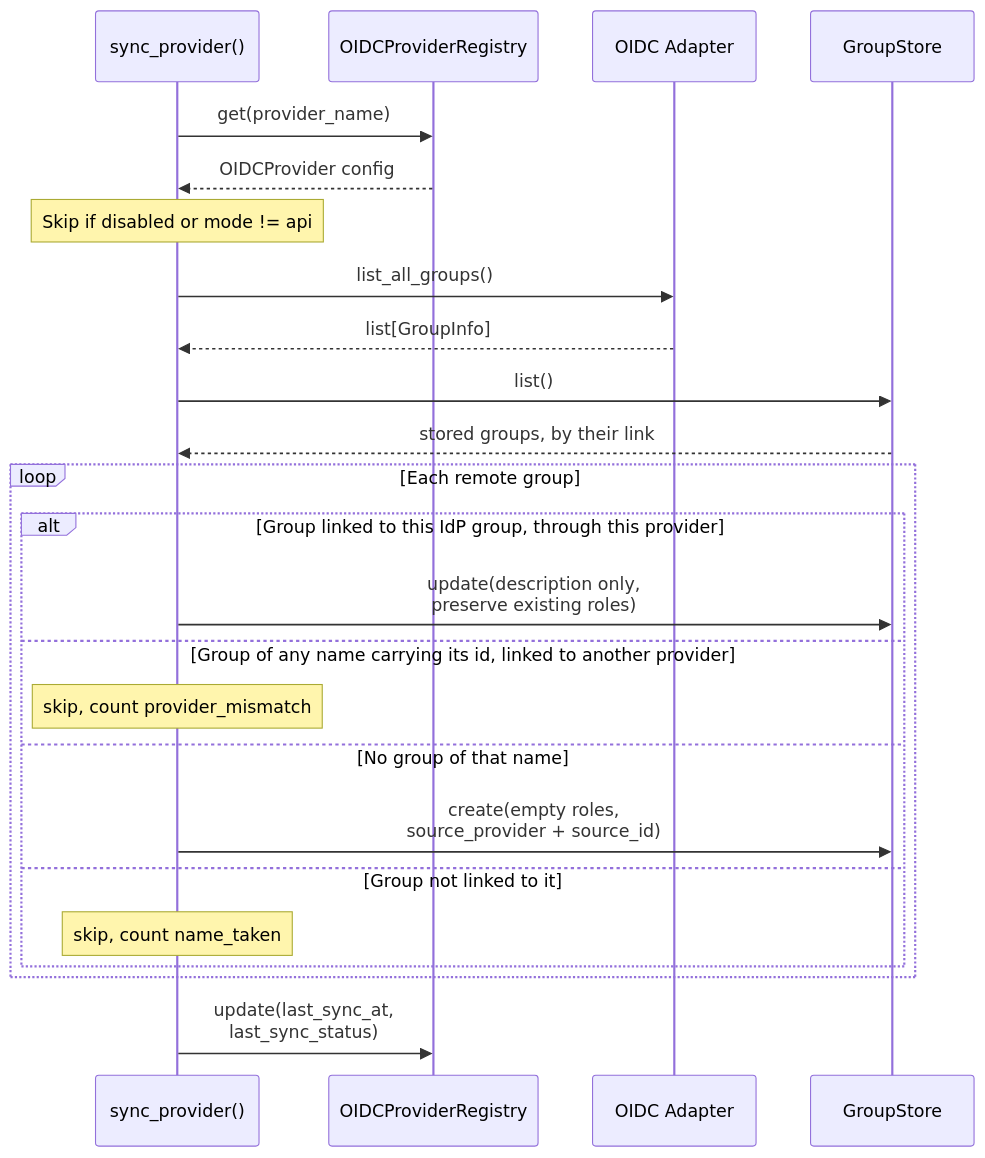
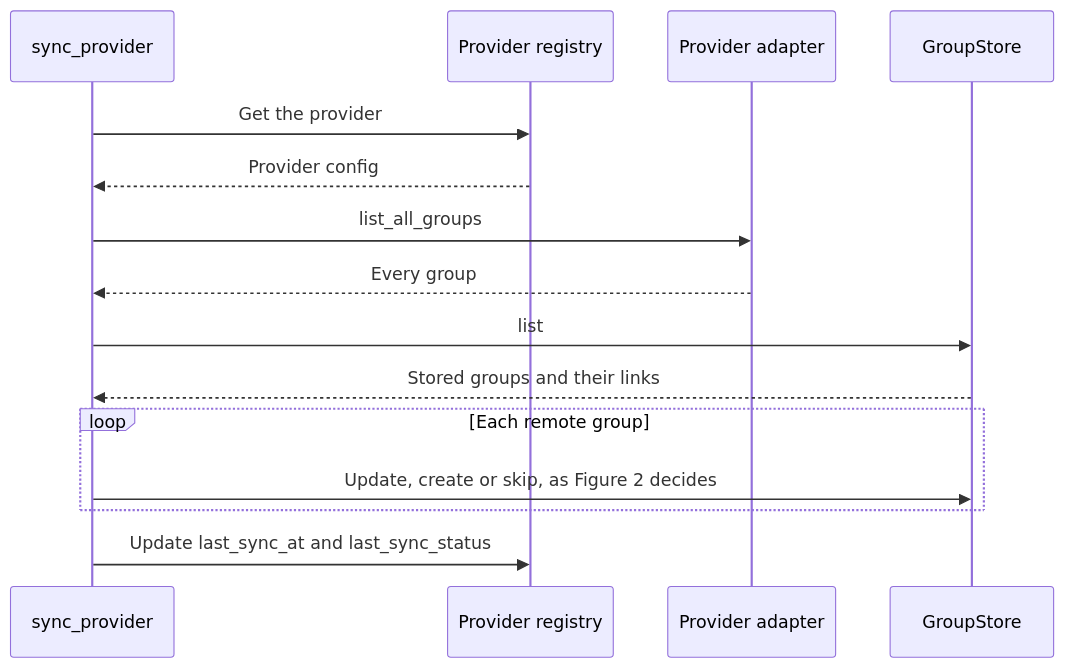
The first of 2 diagrams in docs/control-plane/rbac-groups.md (hyperi-io/dfe-engine), drawn with Mermaid before and after one commit. The commit also changed other lines of this file and 71 other files, not shown here.

First line of the commit message:
docs(engine): fix 159 claims and redraw every diagram

````diff
--- a/docs/control-plane/rbac-groups.md
+++ b/docs/control-plane/rbac-groups.md
@@ -7,31 +9,19 @@
 ```mermaid
 sequenceDiagram
-    participant Sync as sync_provider()
-    participant Reg as OIDCProviderRegistry
-    participant Adapter as OIDC Adapter
+    accTitle: L4 Detail -- OIDC group sync
+    accDescr: The sync reads the provider from the registry, lists every group through the provider's adapter, and reads the stored groups. Each remote group then updates, creates or is skipped, and the sync writes the run's time and status back to the registry.
+    participant Sync as sync_provider
+    participant Reg as Provider registry
+    participant Adapter as Provider adapter
     participant GS as GroupStore
-
-    Sync->>Reg: get(provider_name)
-    Reg-->>Sync: OIDCProvider config
-    Note over Sync: Skip if disabled or mode != api
-
-    Sync->>Adapter: list_all_groups()
-    Adapter-->>Sync: list[GroupInfo]
-
-    Sync->>GS: list()
-    GS-->>Sync: stored groups, by their link
-
+    Sync->>Reg: Get the provider
+    Reg-->>Sync: Provider config
+    Sync->>Adapter: list_all_groups
+    Adapter-->>Sync: Every group
+    Sync->>GS: list
+    GS-->>Sync: Stored groups and their links
     loop Each remote group
-        alt Group linked to this IdP group, through this provider
-            Sync->>GS: update(description only,<br/>preserve existing roles)
-        else Group of any name carrying its id, linked to another provider
-            Note over Sync: skip, count provider_mismatch
-        else No group of that name
-            Sync->>GS: create(empty roles,<br/>source_provider + source_id)
-        else Group not linked to it
-            Note over Sync: skip, count name_taken
-        end
+        Sync->>GS: Update, create or skip, as Figure 2 decides
     end
-
-    Sync->>Reg: update(last_sync_at,<br/>last_sync_status)
+    Sync->>Reg: Update last_sync_at and last_sync_status
 ```
````
